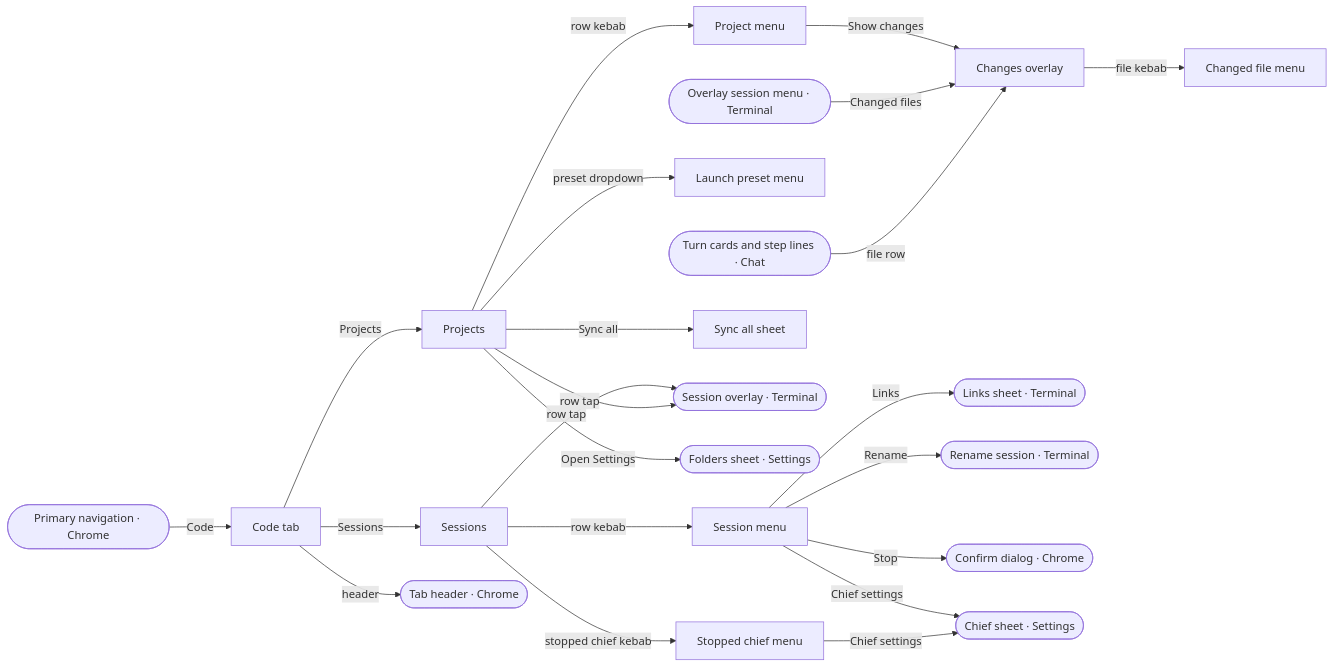
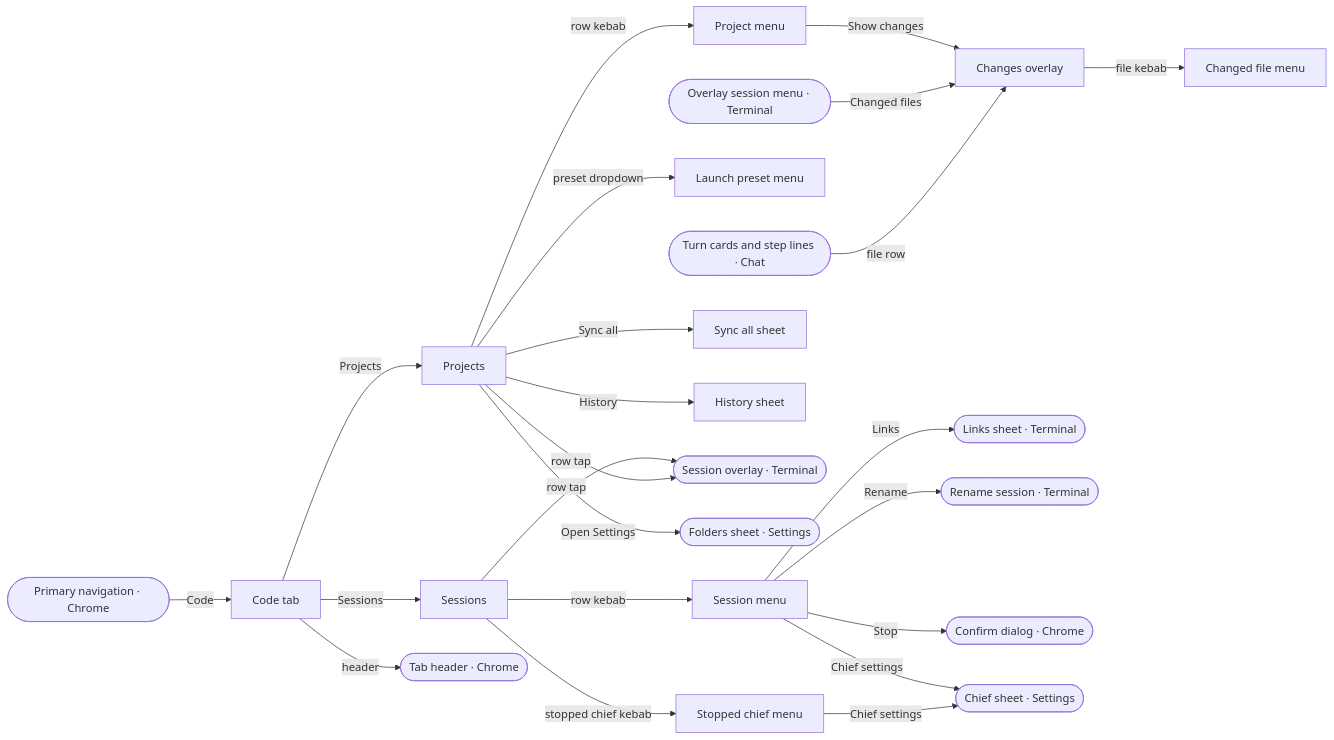
Before and after one commit to ferraroroberto/app-launcher-lite: the second of 11 diagrams in docs/ux-surface-map.md, drawn with Mermaid. The commit also changed other lines of this file and 31 other files, not shown here.

First line of the commit message:
feat: add a History sheet of what shipped, from local git and GitLab (#309) (#358)

````diff
--- a/docs/ux-surface-map.md
+++ b/docs/ux-surface-map.md
@@ -183,44 +183,46 @@
 ```mermaid
 flowchart LR
   s9["Code tab"]
   s10["Sessions"]
   s11["Session menu"]
   s12["Stopped chief menu"]
   s13["Projects"]
   s14["Launch preset menu"]
   s15["Project menu"]
   s16["Sync all sheet"]
-  s17["Changes overlay"]
-  s18["Changed file menu"]
+  s17["History sheet"]
+  s18["Changes overlay"]
+  s19["Changed file menu"]
   s0(["Primary navigation · Chrome"])
   s1(["Tab header · Chrome"])
-  s19(["Session overlay · Terminal"])
-  s24(["Links sheet · Terminal"])
-  s23(["Rename session · Terminal"])
+  s20(["Session overlay · Terminal"])
+  s25(["Links sheet · Terminal"])
+  s24(["Rename session · Terminal"])
   s6(["Confirm dialog · Chrome"])
-  s85(["Chief sheet · Settings"])
-  s91(["Folders sheet · Settings"])
-  s21(["Overlay session menu · Terminal"])
-  s29(["Turn cards and step lines · Chat"])
+  s86(["Chief sheet · Settings"])
+  s92(["Folders sheet · Settings"])
+  s22(["Overlay session menu · Terminal"])
+  s30(["Turn cards and step lines · Chat"])
   s0 -->|"Code"| s9
   s9 -->|"Sessions"| s10
   s9 -->|"Projects"| s13
   s9 -->|"header"| s1
-  s10 -->|"row tap"| s19
+  s10 -->|"row tap"| s20
   s10 -->|"row kebab"| s11
   s10 -->|"stopped chief kebab"| s12
-  s11 -->|"Links"| s24
-  s11 -->|"Rename"| s23
+  s11 -->|"Links"| s25
+  s11 -->|"Rename"| s24
   s11 -->|"Stop"| s6
-  s11 -->|"Chief settings"| s85
-  s12 -->|"Chief settings"| s85
+  s11 -->|"Chief settings"| s86
+  s12 -->|"Chief settings"| s86
   s13 -->|"row kebab"| s15
   s13 -->|"preset dropdown"| s14
   s13 -->|"Sync all"| s16
-  s13 -->|"Open Settings"| s91
-  s13 -->|"row tap"| s19
-  s15 -->|"Show changes"| s17
-  s17 -->|"file kebab"| s18
-  s21 -->|"Changed files"| s17
-  s29 -->|"file row"| s17
+  s13 -->|"History"| s17
+  s13 -->|"Open Settings"| s92
+  s13 -->|"row tap"| s20
+  s15 -->|"Show changes"| s18
+  s18 -->|"file kebab"| s19
+  s22 -->|"Changed files"| s18
+  s30 -->|"file row"| s18
 ```
````
